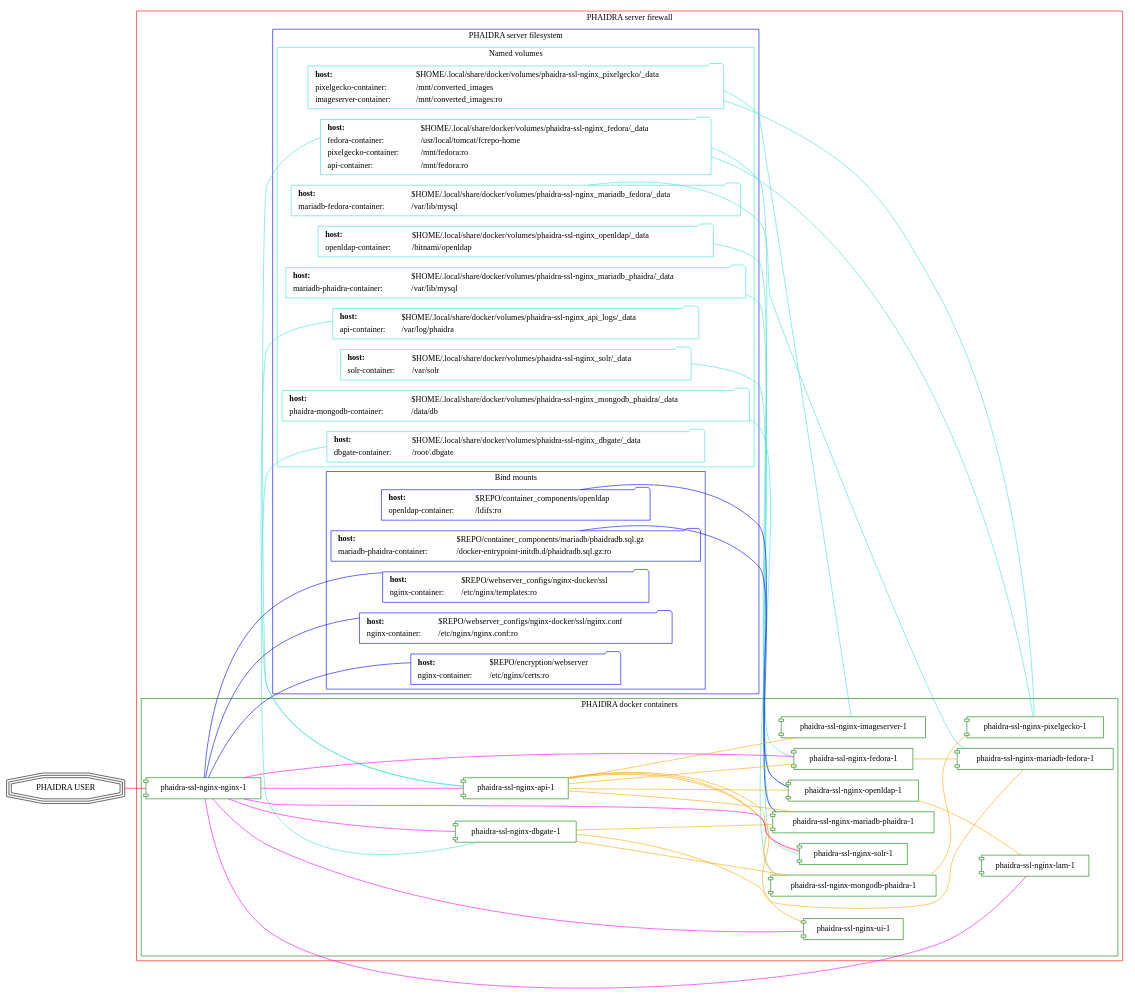
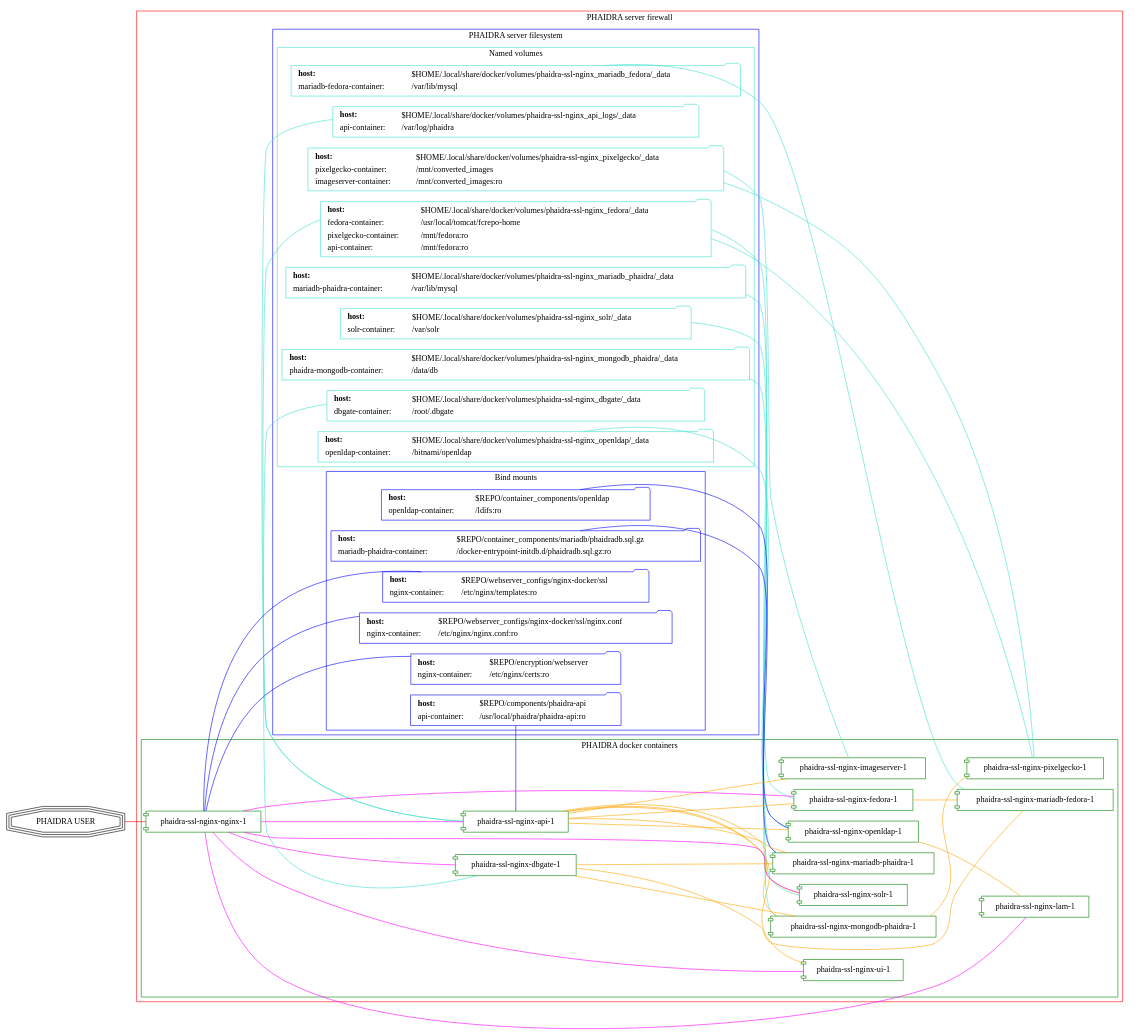
The second of 4 diagrams in README.org (phaidra/phaidra), drawn with Graphviz before and after one commit. The commit also changed other lines of this file and 11 other files, not shown here.

Commit message:
consolidate api config, detach api code from base image, update doc.

```diff
--- a/README.org
+++ b/README.org
@@ -720,6 +735,19 @@
                                                                           </tr>
                                                                           </table>
                                                                           >];
+                                                        BIND_API_CODE [label=<
+                                                                       <table border="0">
+                                                                       <tr>
+                                                                       <td align="text"><b>host:</b><br align="left" /></td>
+                                                                       <td align="text">$REPO/components/phaidra-api<br align="left" /></td>
+                                                                       </tr>
+                                                                       <tr>
+                                                                       <td align="text">api-container:<br align="left" /></td>
+                                                                       <td align="text">/usr/local/phaidra/phaidra-api:ro<br align="left" /></td>
+                                                                       </tr>
+                                                                       </table>
+                                                                       >];
+
 
      }
      }
@@ -757,8 +785,8 @@
 
      HS_FEDORA -- C_FEDORA [color="turquoise"];
 
-     HS_API_LOGS-- C_API [color="turquoise"];
-     HS_FEDORA -- C_API [color="turquoise"];
+     HS_API_LOGS,HS_FEDORA -- C_API [color="turquoise"];
+     BIND_API_CODE -- C_API [color="blue"];
 
      BIND_MARIADB_PHAIDRA_INIT-- C_MARIADB_PHAIDRA [color="blue"];
      HS_MARIADB_PHAIDRA -- C_MARIADB_PHAIDRA [color="turquoise"];
```
